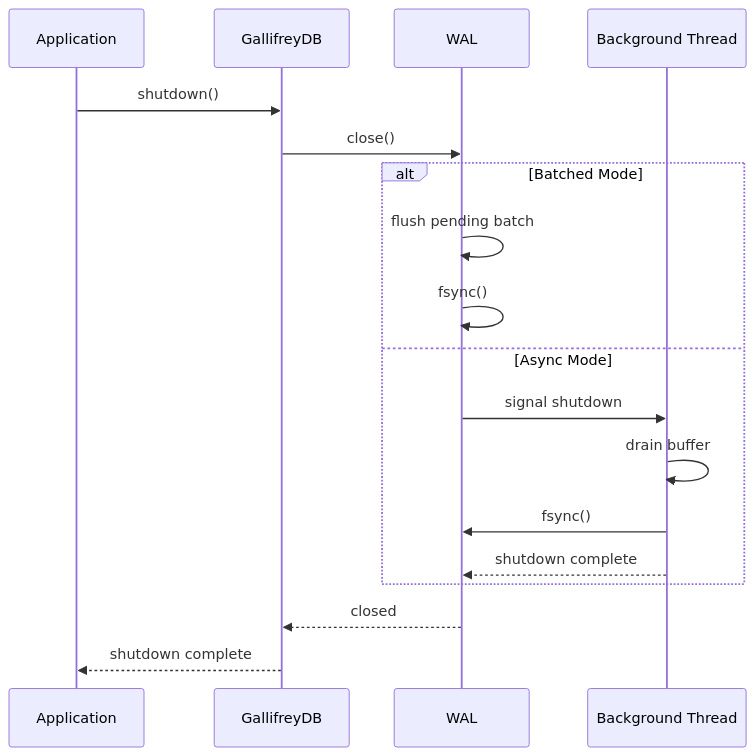
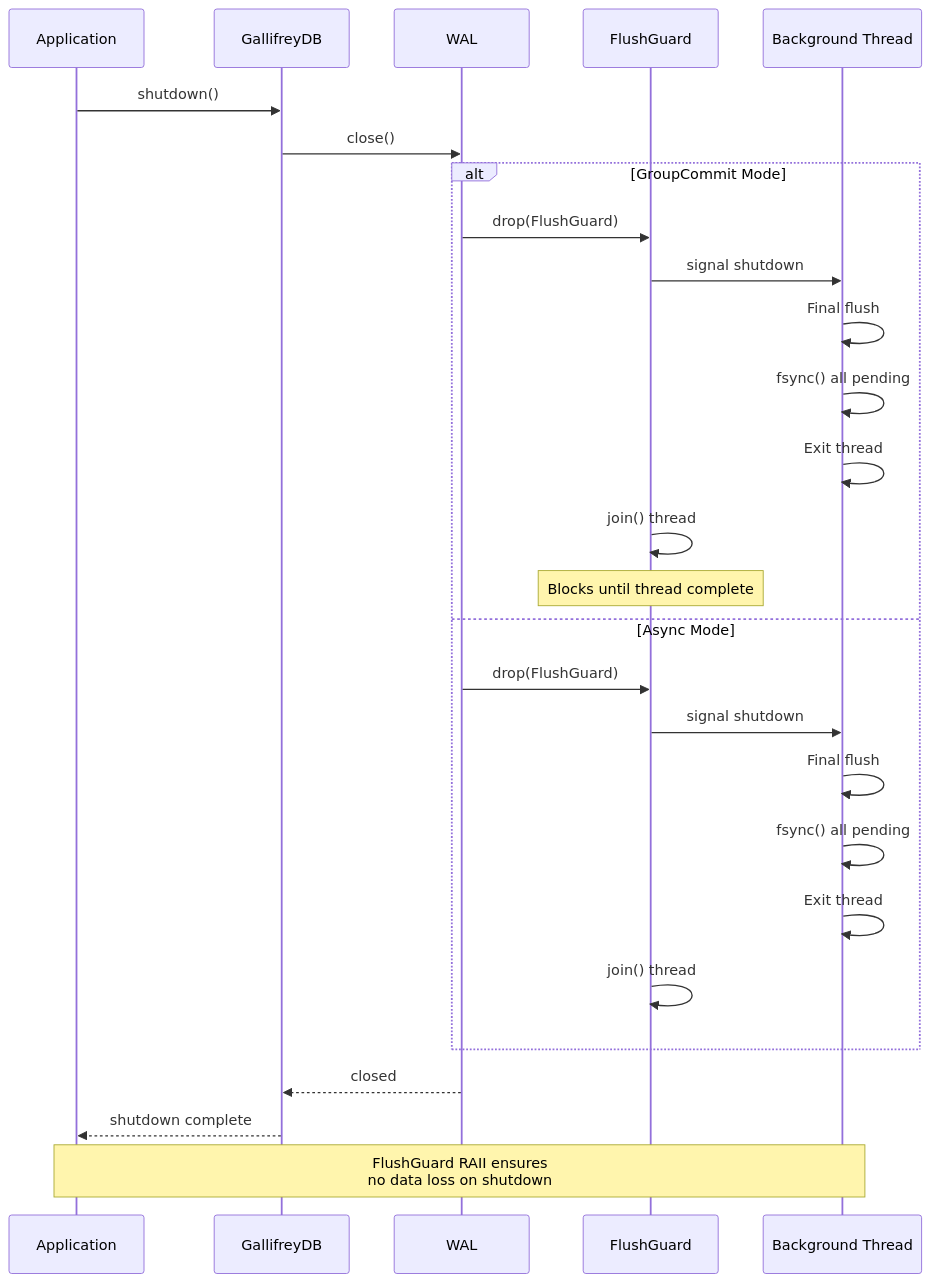
Diagram 14 of 14 in docs/architecture/durability-modes.md (autumn-foundation/AletheiaDB), drawn with Mermaid before and after one commit. The commit also changed other lines of this file, not shown here.

First line of the commit message:
docs: Update durability-modes.md to reflect GroupCommit implementation

````diff
--- a/docs/architecture/durability-modes.md
+++ b/docs/architecture/durability-modes.md
@@ -308,23 +480,33 @@
 ```mermaid
 sequenceDiagram
     participant App as Application
     participant DB as GallifreyDB
     participant WAL as WAL
+    participant Guard as FlushGuard
     participant BG as Background Thread
 
     App->>DB: shutdown()
     DB->>WAL: close()
 
-    alt Batched Mode
-        WAL->>WAL: flush pending batch
-        WAL->>WAL: fsync()
+    alt GroupCommit Mode
+        WAL->>Guard: drop(FlushGuard)
+        Guard->>BG: signal shutdown
+        BG->>BG: Final flush
+        BG->>BG: fsync() all pending
+        BG->>BG: Exit thread
+        Guard->>Guard: join() thread
+        Note over Guard: Blocks until thread complete
     else Async Mode
-        WAL->>BG: signal shutdown
-        BG->>BG: drain buffer
-        BG->>WAL: fsync()
-        BG-->>WAL: shutdown complete
+        WAL->>Guard: drop(FlushGuard)
+        Guard->>BG: signal shutdown
+        BG->>BG: Final flush
+        BG->>BG: fsync() all pending
+        BG->>BG: Exit thread
+        Guard->>Guard: join() thread
     end
 
     WAL-->>DB: closed
     DB-->>App: shutdown complete
+
+    Note over App,BG: FlushGuard RAII ensures<br/>no data loss on shutdown
 ```
````
